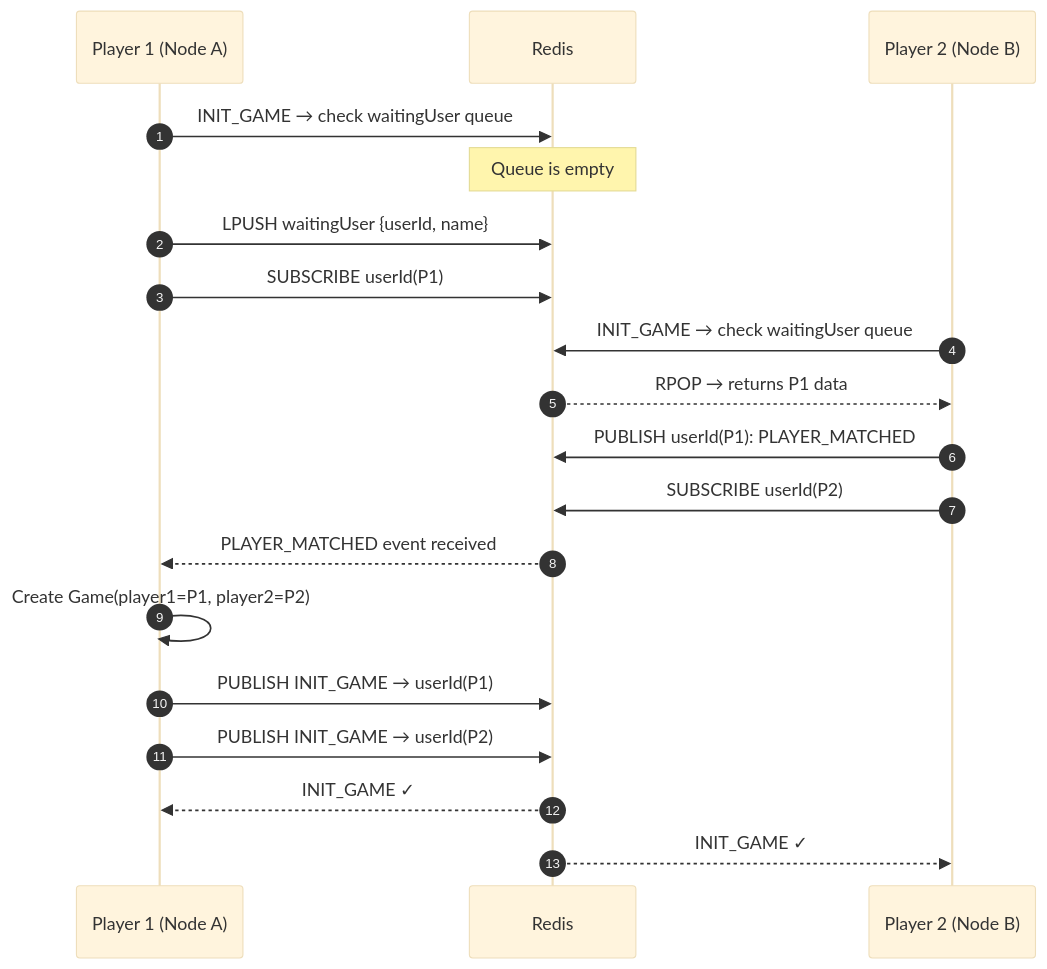
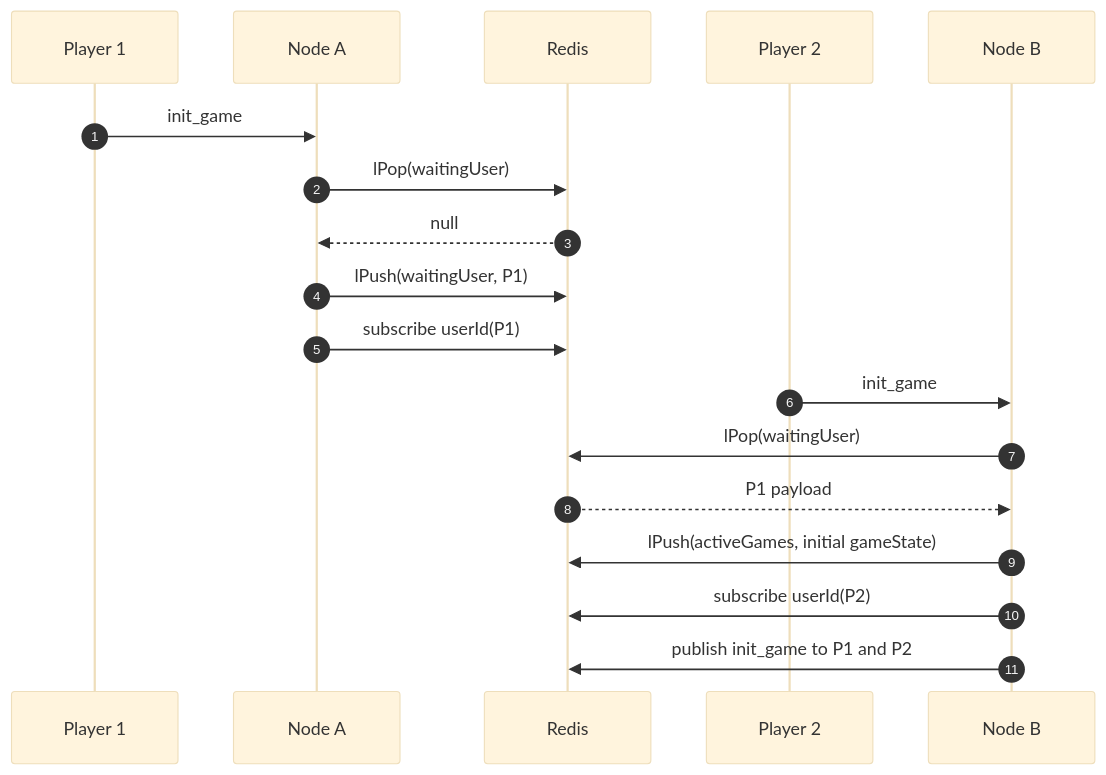
Before and after one commit to the-akemsingh/Chess: the third of 5 diagrams in README.md, drawn with Mermaid (base theme). The commit also changed other lines of this file, not shown here.

````diff
--- a/README.md
+++ b/README.md
@@ -100,24 +96,22 @@
 ```mermaid
 sequenceDiagram
-    autonumber
-    participant P1 as Player 1 (Node A)
-    participant R  as Redis
-    participant P2 as Player 2 (Node B)
+        autonumber
+        participant P1 as Player 1
+        participant N1 as Node A
+        participant R as Redis
+        participant P2 as Player 2
+        participant N2 as Node B
 
-    P1->>R: INIT_GAME → check waitingUser queue
-    Note over R: Queue is empty
-    P1->>R: LPUSH waitingUser {userId, name}
-    P1->>R: SUBSCRIBE userId(P1)
+        P1->>N1: init_game
+        N1->>R: lPop(waitingUser)
+        R-->>N1: null
+        N1->>R: lPush(waitingUser, P1)
+        N1->>R: subscribe userId(P1)
 
-    P2->>R: INIT_GAME → check waitingUser queue
-    R-->>P2: RPOP → returns P1 data
-    P2->>R: PUBLISH userId(P1): PLAYER_MATCHED
-    P2->>R: SUBSCRIBE userId(P2)
-
-    R-->>P1: PLAYER_MATCHED event received
-    P1->>P1: Create Game(player1=P1, player2=P2)
-    P1->>R: PUBLISH INIT_GAME → userId(P1)
-    P1->>R: PUBLISH INIT_GAME → userId(P2)
-    R-->>P1: INIT_GAME ✓
-    R-->>P2: INIT_GAME ✓
+        P2->>N2: init_game
+        N2->>R: lPop(waitingUser)
+        R-->>N2: P1 payload
+        N2->>R: lPush(activeGames, initial gameState)
+        N2->>R: subscribe userId(P2)
+        N2->>R: publish init_game to P1 and P2
 ```
````
